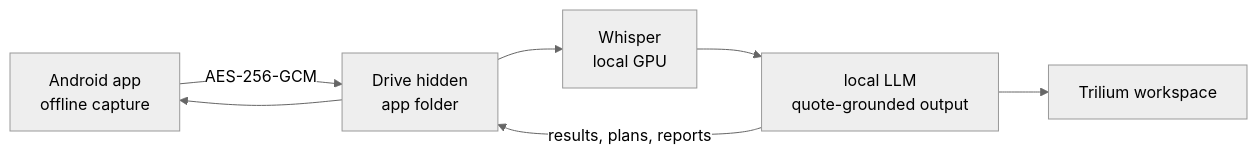
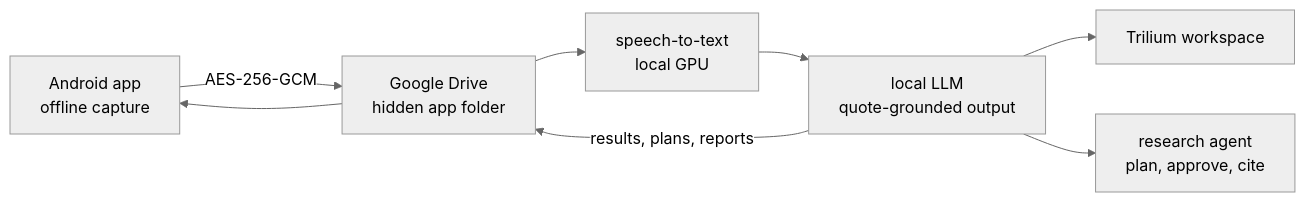
Before and after one commit to Fe3w/Fe3w: the diagram in README.md, drawn with Mermaid. The commit also changed other lines of this file and 22 other files, not shown here.

First line of the commit message:
Add project index, section title bars and VLA architecture diagram

````diff
--- a/README.md
+++ b/README.md
@@ -177,10 +165,11 @@
 ```mermaid
 %%{init: {"theme": "neutral"}}%%
 flowchart LR
-  P[Android app<br/>offline capture] -->|AES-256-GCM| D[Drive hidden<br/>app folder]
-  D --> W[Whisper<br/>local GPU]
+  P[Android app<br/>offline capture] -->|AES-256-GCM| D[Google Drive<br/>hidden app folder]
+  D --> W[speech-to-text<br/>local GPU]
   W --> L[local LLM<br/>quote-grounded output]
   L --> T[Trilium workspace]
+  L --> A[research agent<br/>plan, approve, cite]
   L -->|results, plans, reports| D
   D --> P
 ```
````
